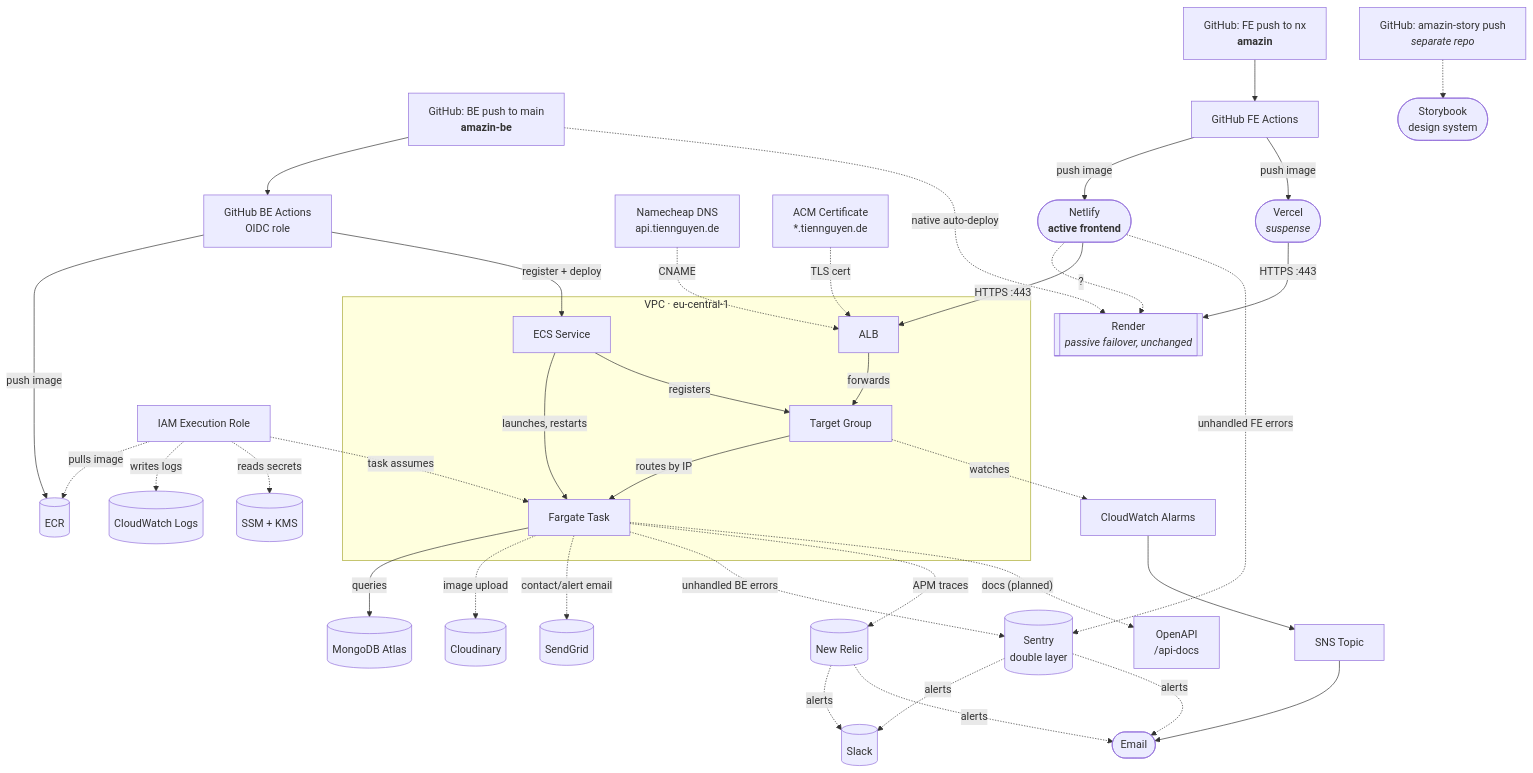
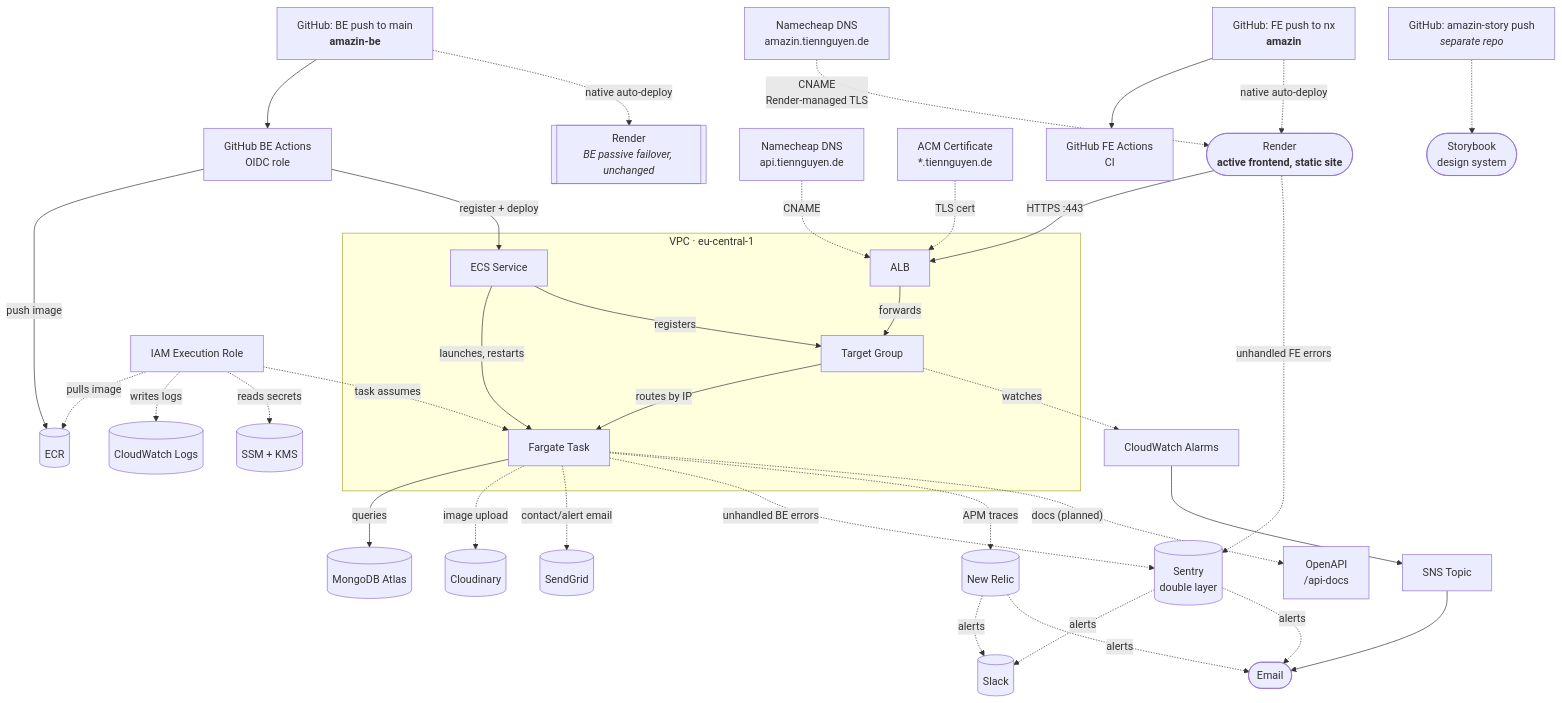
The diagram in README.md (ntrix/amazin), drawn with Mermaid before and after one commit. The commit also changed other lines of this file and 1 other file, not shown here.

Commit message:
chore(deploy): frontend moved to render, add spa rewrite rule
Vercel is suspended and Netlify ran out of free build minutes - both
existing frontend hosts stopped working. Deployed to Render as a static
site instead (amazin.tiennguyen.de kept via a DNS CNAME switch, Render
provisions its own TLS). Adds public/_redirects (same syntax Netlify
used) so client-side routes don't 404 on refresh - Render Static Sites
read this file the same way. Updates the architecture diagram and
tech-stack docs to match.

````diff
--- a/README.md
+++ b/README.md
@@ -113,52 +112,52 @@
 ```mermaid
 flowchart TB
   GitHubBE["GitHub: BE push to main<br/><b>amazin-be</b>"] --> ActionsBE["GitHub BE Actions<br/>OIDC role"]
   ActionsBE -->|"push image"| ECR[("ECR")]
   ActionsBE -->|"register + deploy"| Service
   GitHubBE -.->|"native auto-deploy"| Render
 
   DNS["Namecheap DNS<br/>api.tiennguyen.de"] -. CNAME .-> ALB
   ACM["ACM Certificate<br/>*.tiennguyen.de"] -. "TLS cert" .-> ALB
 
-  GitHubFE["GitHub: FE push to nx<br/><b>amazin</b>"] --> ActionsFE["GitHub FE Actions"]
-  ActionsFE -->|"push image"| Netlify(["Netlify<br/><b>active frontend</b>"]) .->|"?"| Render
-  Netlify -->|"HTTPS :443"| ALB["ALB"]
-  ActionsFE -->|"push image"| Vercel(["Vercel<br/><i>suspense</i>"]) -->|"HTTPS :443"| Render
+  GitHubFE["GitHub: FE push to nx<br/><b>amazin</b>"] --> ActionsFE["GitHub FE Actions<br/>CI"]
+  GitHubFE -.->|"native auto-deploy"| RenderFE(["Render<br/><b>active frontend, static site</b>"])
+  DNSFE["Namecheap DNS<br/>amazin.tiennguyen.de"] -. "CNAME<br/>Render-managed TLS" .-> RenderFE
+  RenderFE -->|"HTTPS :443"| ALB["ALB"]
   ALB -->|forwards| TG["Target Group"]
   TG -->|"routes by IP"| Task["Fargate Task"]
   Task -->|queries| Mongo[("MongoDB Atlas")]
   Service["ECS Service"] -->|"launches, restarts"| Task
   Service -->|registers| TG
-  Netlify -. "unhandled FE errors" .-> Sentry
+  RenderFE -. "unhandled FE errors" .-> Sentry
 
   Role["IAM Execution Role"] -. "task assumes" .-> Task
   Role -. "pulls image" .-> ECR
   Role -. "writes logs" .-> Logs[("CloudWatch Logs")]
   Role -. "reads secrets" .-> SSM[("SSM + KMS")]
 
   TG -. watches .-> Alarms["CloudWatch Alarms"]
   Alarms --> SNS["SNS Topic"]
   SNS --> Email([Email])
 
   Task -. "image upload" .-> Cloudinary[("Cloudinary")]
   Task -. "contact/alert email" .-> SendGrid[("SendGrid")]
 
   Sentry -. alerts .-> Slack[("Slack")]
   Sentry -. alerts .-> Email
   NewRelic -. alerts .-> Slack
   NewRelic -. alerts .-> Email
   Task -. "unhandled BE errors" .-> Sentry[("Sentry<br>double layer")]
   Task -. "APM traces" .-> NewRelic[("New Relic")]
   Task -. "docs (planned)" .-> OpenAPI["OpenAPI<br>/api-docs"]
 
   GitHubStory["GitHub: amazin-story push<br/><i>separate repo</i>"] -.-> Storybook(["Storybook<br/>design system"])
 
-  Render[["Render<br/><i>passive failover, unchanged</i>"]]
+  Render[["Render<br/><i>BE passive failover, unchanged</i>"]]
 
   subgraph VPC["VPC · eu-central-1"]
     ALB
     TG
     Task
     Service
   end
 ```
````
